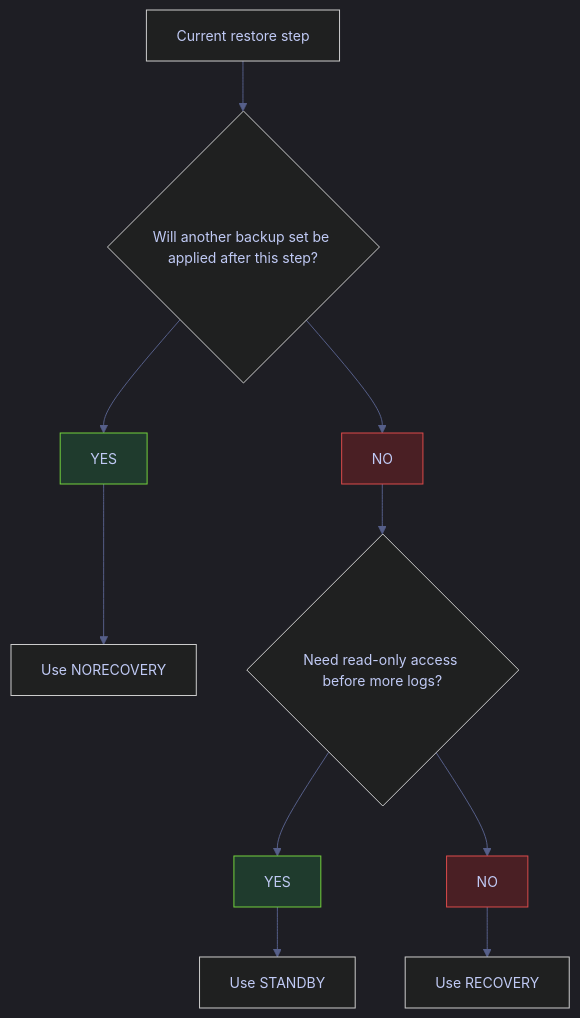
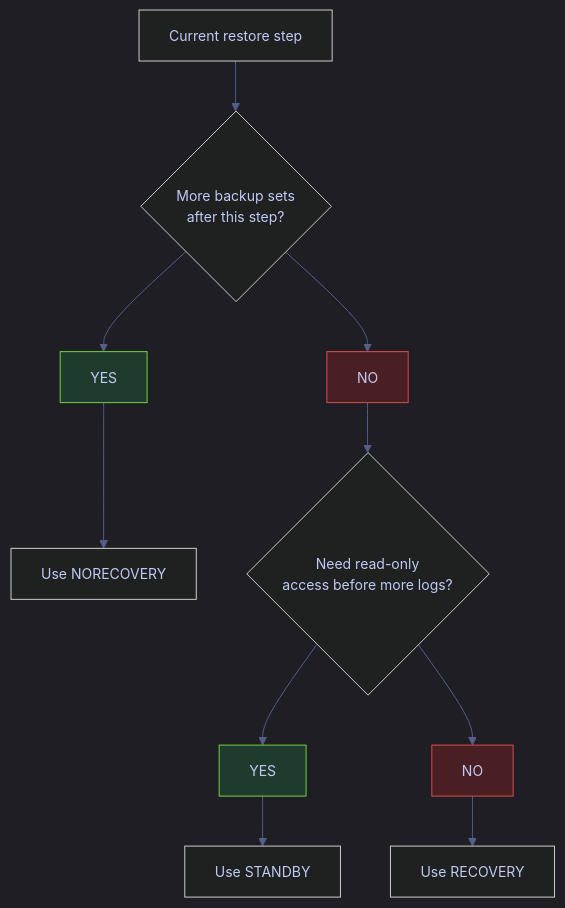
One commit to alp78/elysium changed the second of 2 diagrams in content/04-SQL-Server/01-Server-Operations/08-restore-and-recovery.md. Above: the diagram before and after it, drawn with Mermaid. The commit also changed other lines of this file and 24 other files, not shown here.

````diff
--- a/content/04-SQL-Server/01-Server-Operations/08-restore-and-recovery.md
+++ b/content/04-SQL-Server/01-Server-Operations/08-restore-and-recovery.md
@@ -41,29 +106,31 @@
 ```mermaid
 %%{init: {'theme': 'dark', 'themeVariables': {
   'primaryColor': '#292e42',
   'primaryTextColor': '#c0caf5',
   'primaryBorderColor': '#565f89',
   'lineColor': '#565f89',
   'secondaryColor': '#1a1b26',
   'tertiaryColor': '#24283b',
   'noteTextColor': '#c0caf5',
   'noteBkgColor': '#292e42',
   'textColor': '#c0caf5',
   'fontSize': '14px'
 }}}%%
 flowchart TD
-    A[Current restore step] --> B{Will another backup set be applied after this step?}
-    B --> Y[YES]
-    B --> N[NO]
-    Y --> C[Use NORECOVERY]
-    N --> D{Need read-only access before more logs?}
-    D --> Y2[YES]
-    D --> N2[NO]
-    Y2 --> E[Use STANDBY]
-    N2 --> F[Use RECOVERY]
+  STEP["Current restore step"] --> MORE{"More backup sets<br/>after this step?"}
+  MORE --> Y1["YES"]
+  MORE --> N1["NO"]
+  Y1 --> NR["Use NORECOVERY"]
+  N1 --> READ{"Need read-only<br/>access before more logs?"}
+  READ --> Y2["YES"]
+  READ --> N2["NO"]
+  Y2 --> SB["Use STANDBY"]
+  N2 --> R["Use RECOVERY"]
 
-    style Y fill:#1f3b2d,stroke:#73d13d,color:#c0caf5
-    style N fill:#4a1f24,stroke:#db4b4b,color:#c0caf5
-    style Y2 fill:#1f3b2d,stroke:#73d13d,color:#c0caf5
-    style N2 fill:#4a1f24,stroke:#db4b4b,color:#c0caf5
+  classDef yes fill:#1f3b2d,stroke:#73d13d,color:#c0caf5
+  classDef no fill:#4a1f24,stroke:#db4b4b,color:#c0caf5
+  class Y1 yes
+  class Y2 yes
+  class N1 no
+  class N2 no
 ```
````
